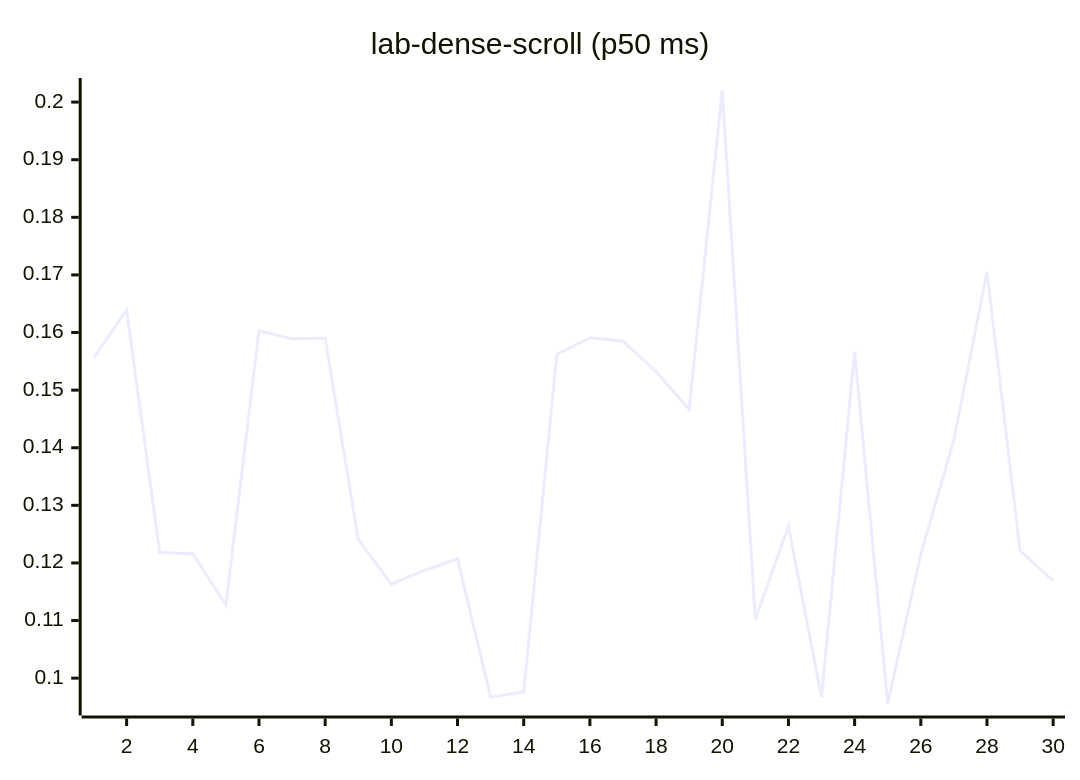
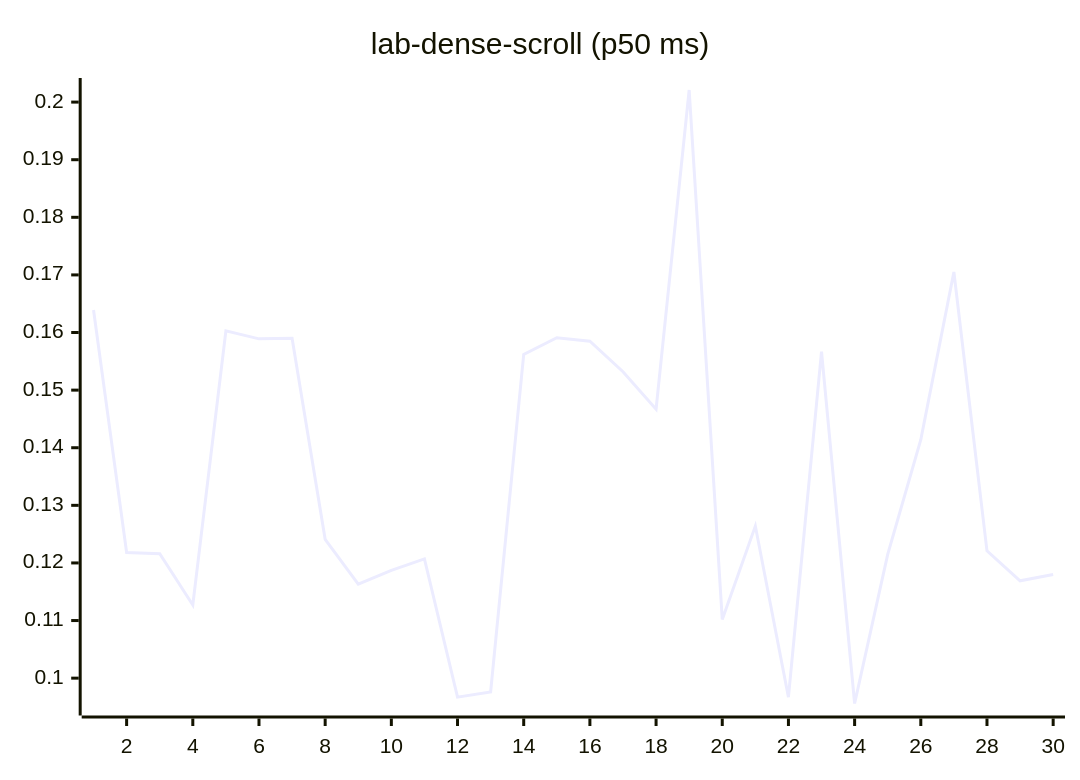
Before and after one commit to josha/Facet: diagram 12 of 27 in README.md, drawn with Mermaid. The commit also changed other lines of this file and 2 other files, not shown here.

````diff
--- a/README.md
+++ b/README.md
@@ -140,6 +140,6 @@
 ```mermaid
 xychart-beta
     title "lab-dense-scroll (p50 ms)"
     x-axis 1 --> 30
-    line [0.1556, 0.1639, 0.1218, 0.1216, 0.1127, 0.1603, 0.1589, 0.1590, 0.1241, 0.1163, 0.1187, 0.1207, 0.0967, 0.0976, 0.1562, 0.1591, 0.1585, 0.1532, 0.1467, 0.2021, 0.1102, 0.1264, 0.0967, 0.1567, 0.0956, 0.1215, 0.1414, 0.1705, 0.1221, 0.1169]
+    line [0.1639, 0.1218, 0.1216, 0.1127, 0.1603, 0.1589, 0.1590, 0.1241, 0.1163, 0.1187, 0.1207, 0.0967, 0.0976, 0.1562, 0.1591, 0.1585, 0.1532, 0.1467, 0.2021, 0.1102, 0.1264, 0.0967, 0.1567, 0.0956, 0.1215, 0.1414, 0.1705, 0.1221, 0.1169, 0.1180]
 ```
````
